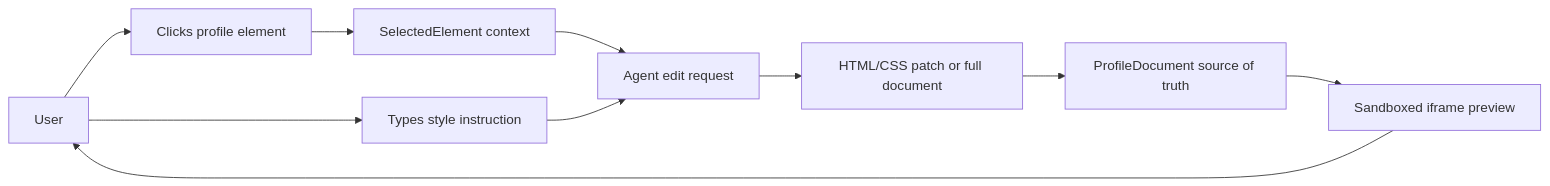
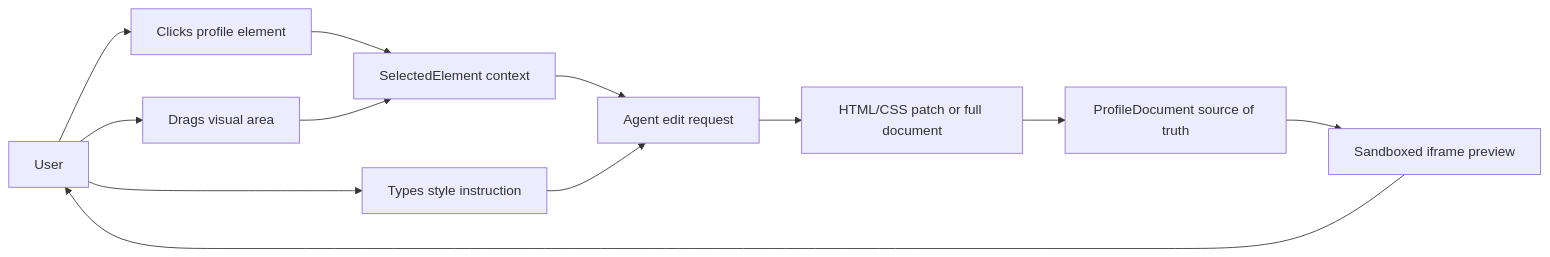
One commit to youngkidwarrior/vibespace changed the diagram in docs/MYSPACE_PROFILE_CUSTOMIZATION_RESEARCH.md. Above: the diagram before and after it, drawn with Mermaid. The commit also changed other lines of this file and 46 other files, not shown here.

````diff
--- a/docs/MYSPACE_PROFILE_CUSTOMIZATION_RESEARCH.md
+++ b/docs/MYSPACE_PROFILE_CUSTOMIZATION_RESEARCH.md
@@ -40,12 +40,14 @@
 ```mermaid
 flowchart LR
   User[User] --> Click[Clicks profile element]
+  User --> Drag[Drags visual area]
   Click --> Selection[SelectedElement context]
+  Drag --> Selection
   User --> Prompt[Types style instruction]
   Selection --> Agent[Agent edit request]
   Prompt --> Agent
   Agent --> Patch[HTML/CSS patch or full document]
   Patch --> Document[ProfileDocument source of truth]
   Document --> Preview[Sandboxed iframe preview]
   Preview --> User
 ```
````
